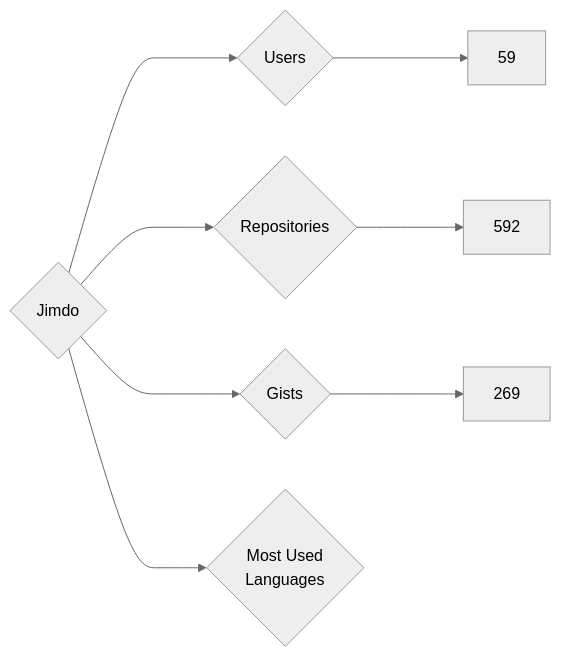
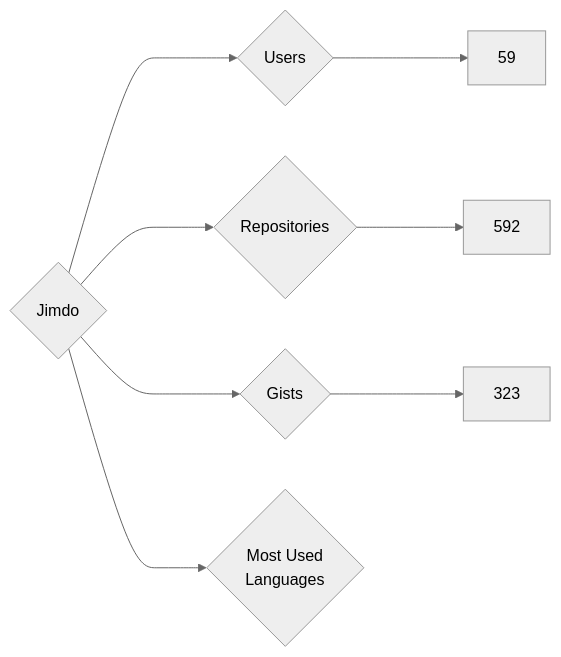
One commit to nenadzaric/insiders changed the diagram in targets/Jimdo/README.md. Above: the diagram before and after it, drawn with Mermaid (neutral theme). The commit also changed 1342 other files, not shown here.

````diff
--- a/targets/Jimdo/README.md
+++ b/targets/Jimdo/README.md
@@ -3,8 +3,8 @@
 ```mermaid
 graph LR
 COMPANY_NAME{Jimdo}
 COMPANY_NAME ---> U{Users} ---> UN[59]
 COMPANY_NAME ---> R{Repositories} ---> RN[592]
-COMPANY_NAME ---> G{Gists} ---> GN[269]
+COMPANY_NAME ---> G{Gists} ---> GN[323]
 COMPANY_NAME ---> ML{Most Used<br>Languages}
 ```
````
